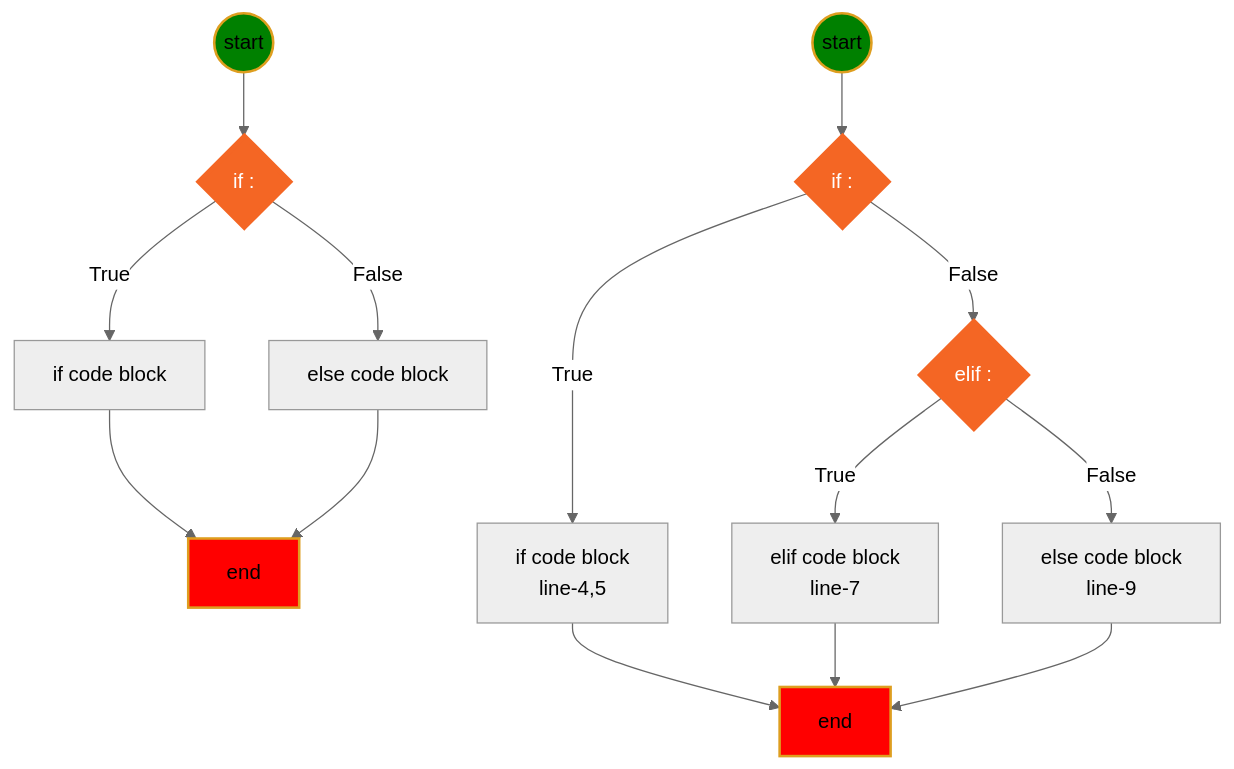
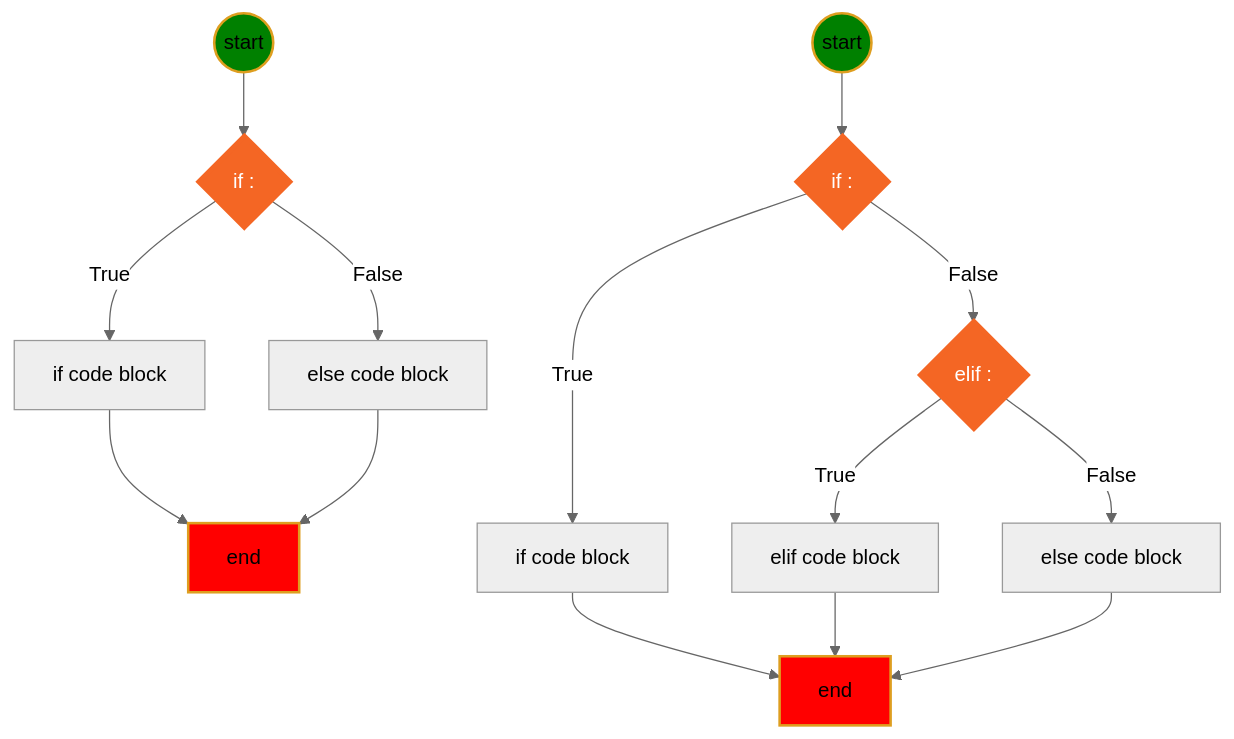
One commit to terrenceliu01/python1 changed the first of 2 diagrams in doc/python.md. Above: the diagram before and after it, drawn with Mermaid (neutral theme). The commit also changed other lines of this file and 5151 other files, not shown here.

````diff
--- a/doc/python.md
+++ b/doc/python.md
@@ -119,35 +97,35 @@
 ```mermaid
 graph TB
 A((start))
 B{if <condition>:}
 C[if code block]
 D[else code block]
 E[end]
 
 
 A-->B
 B--True-->C-->E
 B--False-->D-->E
 
 A1((start))
 B1{if <condition>:}
 B2{elif <condition>:}
-C1[if code block<br>line-4,5]
-D1[elif code block<br>line-7]
+C1[if code block]
+D1[elif code block]
 E1[end]
-F1[else code block<br>line-9]
+F1[else code block]
 
 A1-->B1
 B1--True-->C1-->E1
 B1--False-->B2--True-->D1-->E1
 B2--False-->F1-->E1
 
 
 classDef html fill:#F46624,stroke:#F46624,stroke-width:4px,color:white;
 classDef js fill:yellow,stroke:#DE9E1F,stroke-width:2px;
 classDef start fill:green,stroke:#DE9E1F,stroke-width:2px;
 classDef end1 fill:red,stroke:#DE9E1F,stroke-width:2px;
 class A,A1 start
 class B,B1,B2 html
 class E,E1 end1
 ```
````
